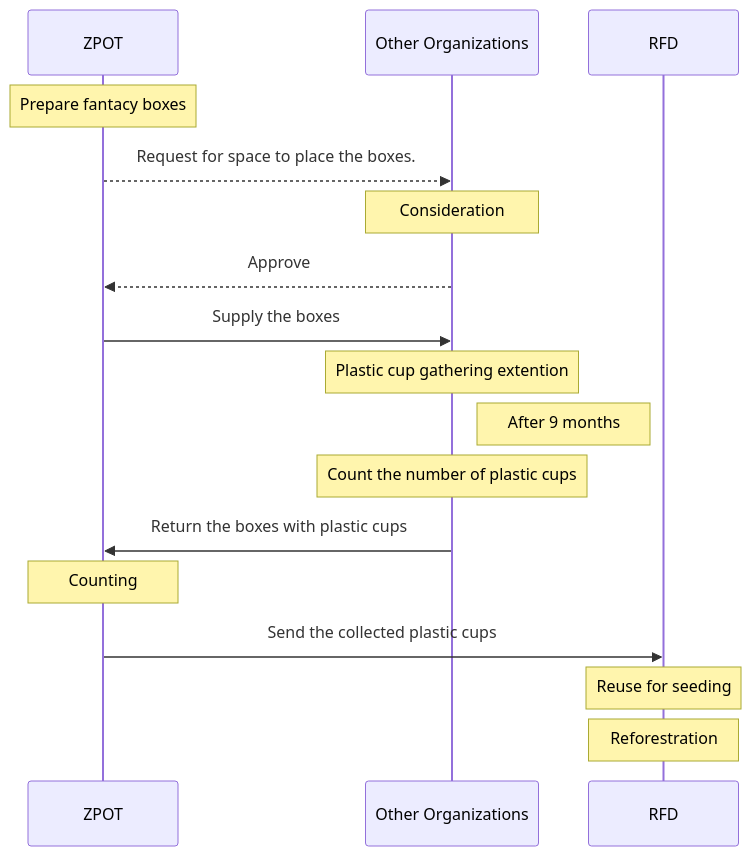
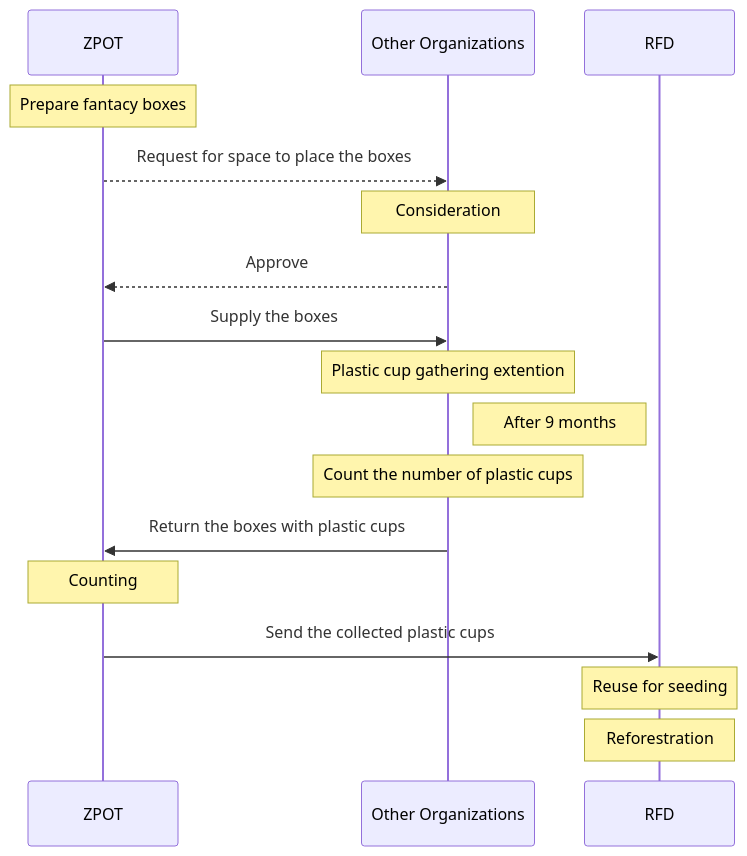
The first of 2 diagrams in README.md (Kietpawpan/carbon), drawn with Mermaid before and after one commit.

````diff
--- a/README.md
+++ b/README.md
@@ -11,16 +11,16 @@
 ```mermaid
 sequenceDiagram
     Note over ZPOT: Prepare fantacy boxes  
-    ZPOT-->>Other Organizations: Request for space to place the boxes.
+    ZPOT-->>Other Organizations: Request for space to place the boxes
     Note over Other Organizations: Consideration
     Other Organizations-->>ZPOT: Approve
     ZPOT->>Other Organizations: Supply the boxes
     Note over Other Organizations: Plastic cup gathering extention
     Note right of Other Organizations: After 9 months
     Note over Other Organizations: Count the number of plastic cups
     Other Organizations->>ZPOT: Return the boxes with plastic cups
     Note over ZPOT: Counting
     ZPOT->>RFD: Send the collected plastic cups
     Note over RFD: Reuse for seeding
     Note over RFD: Reforestration
 ```
````
